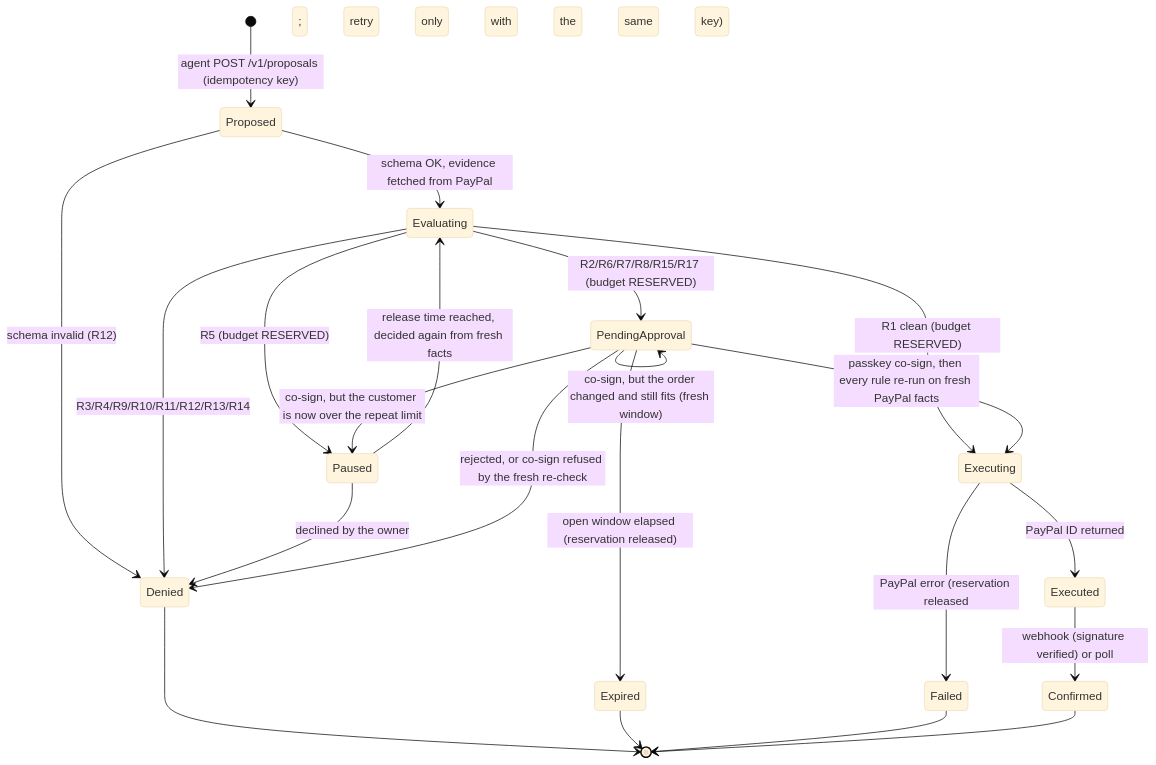
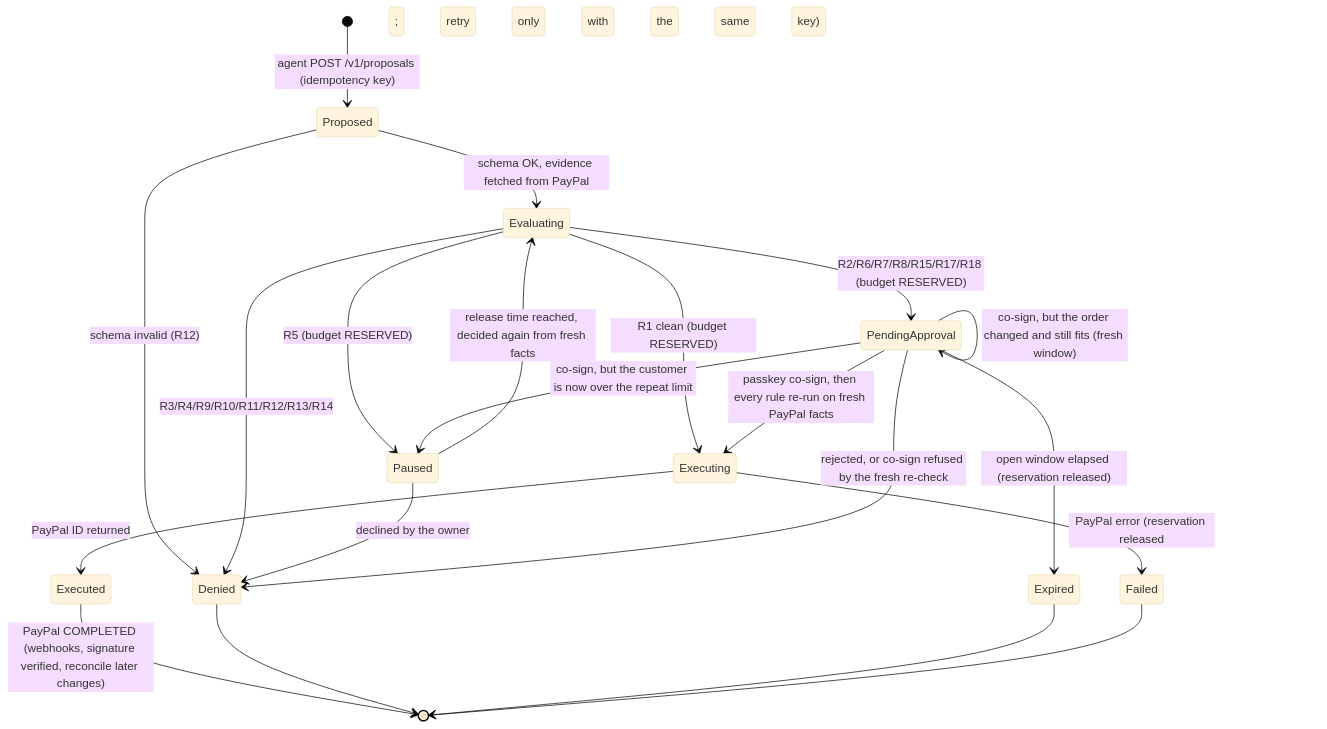
Before and after one commit to VIKAS9793/AgentCoSign: the third of 3 diagrams in docs/ARCHITECTURE.md, drawn with Mermaid (base theme). The commit also changed other lines of this file, not shown here.

First line of the commit message:
docs(architecture): describe what is built, not the earlier plan

````diff
--- a/docs/ARCHITECTURE.md
+++ b/docs/ARCHITECTURE.md
@@ -83,24 +85,23 @@
 ```mermaid
 stateDiagram-v2
     [*] --> Proposed: agent POST /v1/proposals (idempotency key)
     Proposed --> Evaluating: schema OK, evidence fetched from PayPal
     Proposed --> Denied: schema invalid (R12)
     Evaluating --> Denied: R3/R4/R9/R10/R11/R12/R13/R14
-    Evaluating --> PendingApproval: R2/R6/R7/R8/R15/R17 (budget RESERVED)
+    Evaluating --> PendingApproval: R2/R6/R7/R8/R15/R17/R18 (budget RESERVED)
     Evaluating --> Paused: R5 (budget RESERVED)
     Paused --> Evaluating: release time reached, decided again from fresh facts
     Paused --> Denied: declined by the owner
     Evaluating --> Executing: R1 clean (budget RESERVED)
     PendingApproval --> Executing: passkey co-sign, then every rule re-run on fresh PayPal facts
     PendingApproval --> PendingApproval: co-sign, but the order changed and still fits (fresh window)
     PendingApproval --> Denied: rejected, or co-sign refused by the fresh re-check
     PendingApproval --> Paused: co-sign, but the customer is now over the repeat limit
     PendingApproval --> Expired: open window elapsed (reservation released)
     Executing --> Executed: PayPal ID returned
     Executing --> Failed: PayPal error (reservation released; retry only with the same key)
-    Executed --> Confirmed: webhook (signature verified) or poll
+    Executed --> [*]: PayPal COMPLETED (webhooks, signature verified, reconcile later changes)
     Denied --> [*]
     Expired --> [*]
     Failed --> [*]
-    Confirmed --> [*]
 ```
````
